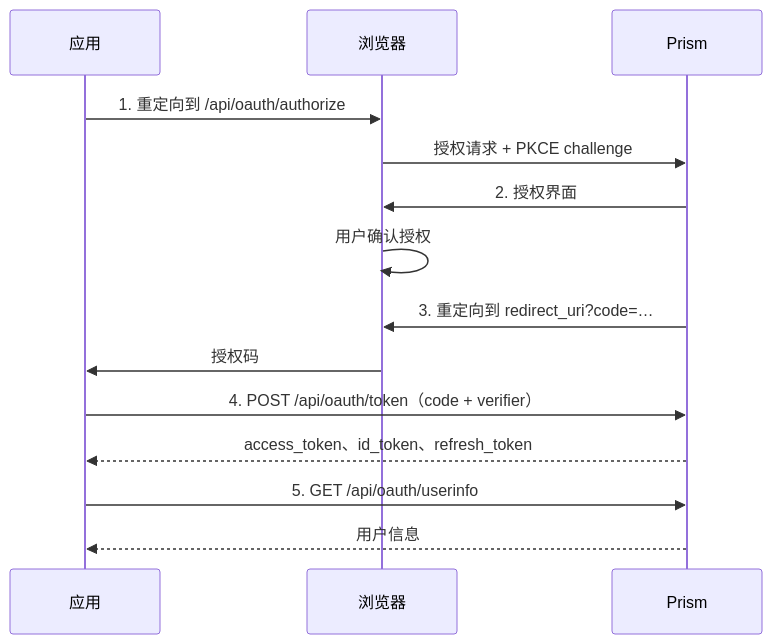
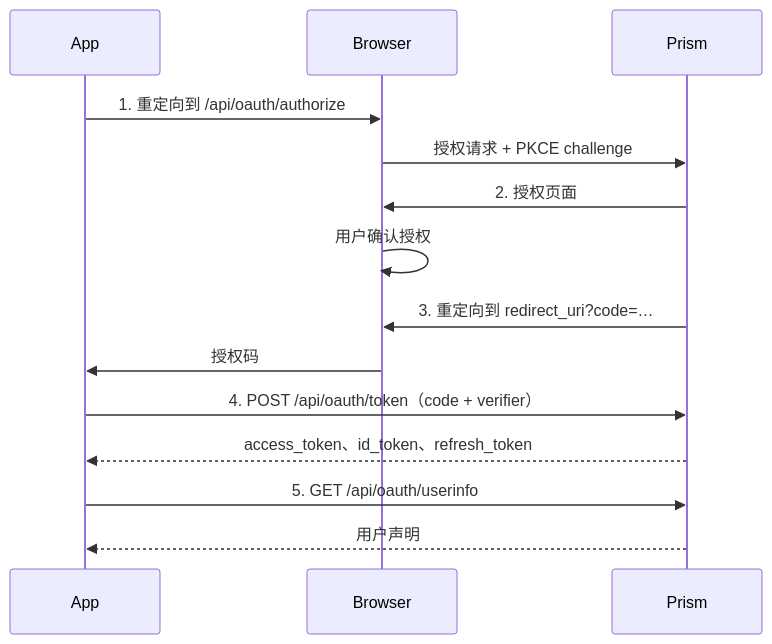
One commit to siiway/prism changed the diagram in docs/zh/oauth.md. Above: the diagram before and after it, drawn with Mermaid. The commit also changed other lines of this file and 25 other files, not shown here.

````diff
--- a/docs/zh/oauth.md
+++ b/docs/zh/oauth.md
@@ -74,17 +49,17 @@
 ```mermaid
 sequenceDiagram
-  participant App as 应用
-  participant Browser as 浏览器
+  participant App
+  participant Browser
   participant Prism
 
   App->>Browser: 1. 重定向到 /api/oauth/authorize
   Browser->>Prism: 授权请求 + PKCE challenge
-  Prism->>Browser: 2. 授权界面
+  Prism->>Browser: 2. 授权页面
   Browser->>Browser: 用户确认授权
   Prism->>Browser: 3. 重定向到 redirect_uri?code=…
   Browser->>App: 授权码
   App->>Prism: 4. POST /api/oauth/token（code + verifier）
   Prism-->>App: access_token、id_token、refresh_token
   App->>Prism: 5. GET /api/oauth/userinfo
-  Prism-->>App: 用户信息
+  Prism-->>App: 用户声明
 ```
````
